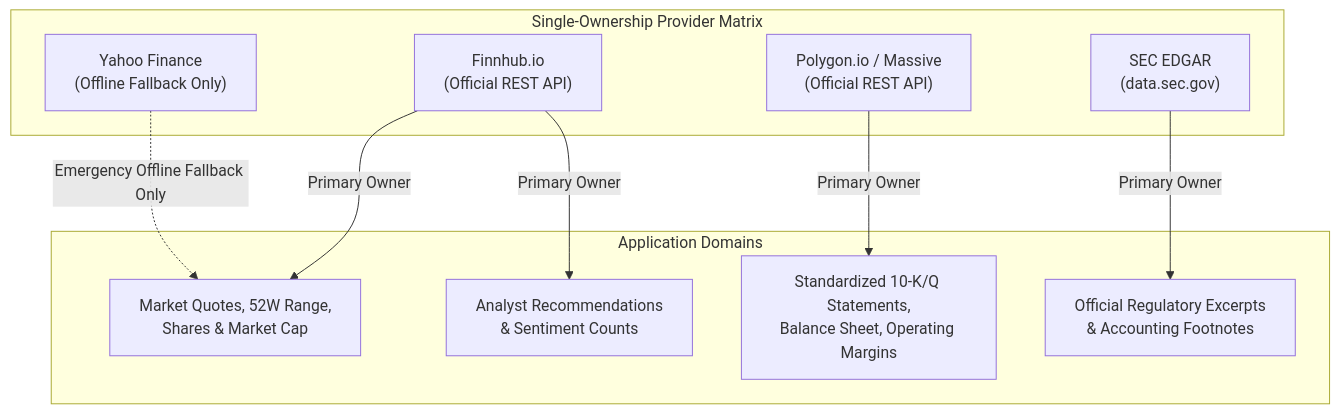
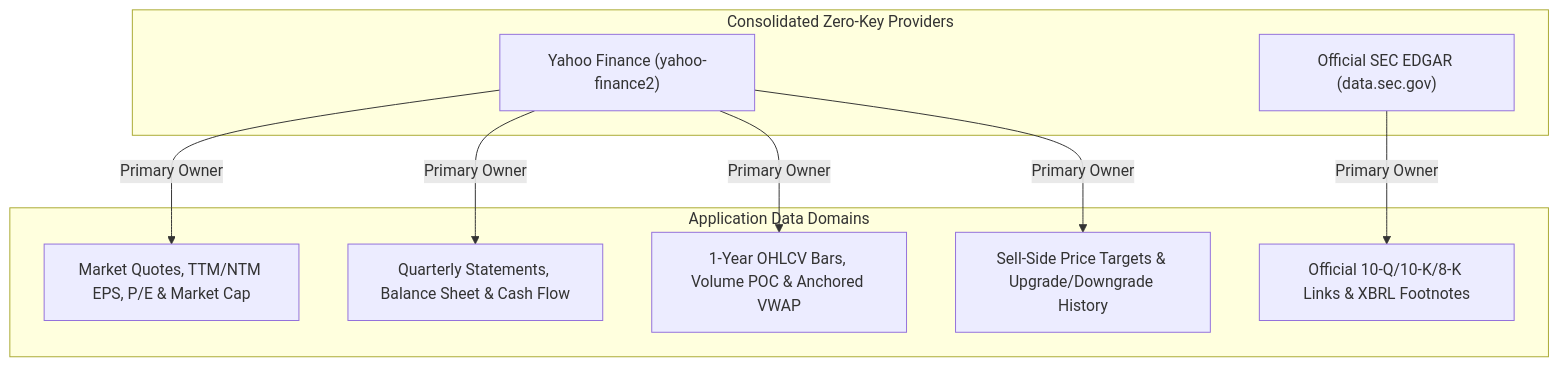
Before and after one commit to phanturne/stress-alpha: the diagram in docs/TELEMETRY_TPS.md, drawn with Mermaid. The commit also changed other lines of this file and 3 other files, not shown here.

Commit message:
docs: sync README and architecture docs with recent pipeline & UI commits (#31)

````diff
--- a/docs/TELEMETRY_TPS.md
+++ b/docs/TELEMETRY_TPS.md
@@ -73,22 +30,21 @@
 ```mermaid
 flowchart TD
-    subgraph SingleOwnership["Single-Ownership Provider Matrix"]
-        Finnhub["Finnhub.io\n(Official REST API)"]
-        Polygon["Polygon.io / Massive\n(Official REST API)"]
-        SEC["SEC EDGAR\n(data.sec.gov)"]
-        Yahoo["Yahoo Finance\n(Offline Fallback Only)"]
+    subgraph Providers["Consolidated Zero-Key Providers"]
+        Yahoo["Yahoo Finance (yahoo-finance2)"]
+        SEC["Official SEC EDGAR (data.sec.gov)"]
     end
 
-    subgraph DataDomains["Application Domains"]
-        Quotes["Market Quotes, 52W Range,\nShares & Market Cap"]
-        Consensus["Analyst Recommendations\n& Sentiment Counts"]
-        Financials["Standardized 10-K/Q Statements,\nBalance Sheet, Operating Margins"]
-        Filings["Official Regulatory Excerpts\n& Accounting Footnotes"]
+    subgraph Domains["Application Data Domains"]
+        Quotes["Market Quotes, TTM/NTM EPS, P/E & Market Cap"]
+        Statements["Quarterly Statements, Balance Sheet & Cash Flow"]
+        Technicals["1-Year OHLCV Bars, Volume POC & Anchored VWAP"]
+        Consensus["Sell-Side Price Targets & Upgrade/Downgrade History"]
+        Filings["Official 10-Q/10-K/8-K Links & XBRL Footnotes"]
     end
 
-    Finnhub -->|Primary Owner| Quotes
-    Finnhub -->|Primary Owner| Consensus
-    Polygon -->|Primary Owner| Financials
+    Yahoo -->|Primary Owner| Quotes
+    Yahoo -->|Primary Owner| Statements
+    Yahoo -->|Primary Owner| Technicals
+    Yahoo -->|Primary Owner| Consensus
     SEC -->|Primary Owner| Filings
-    Yahoo -.->|Emergency Offline Fallback Only| Quotes
 ```
````
